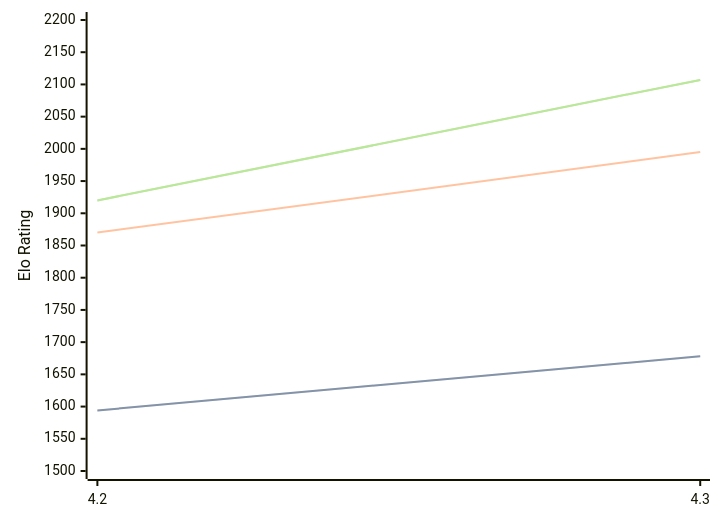
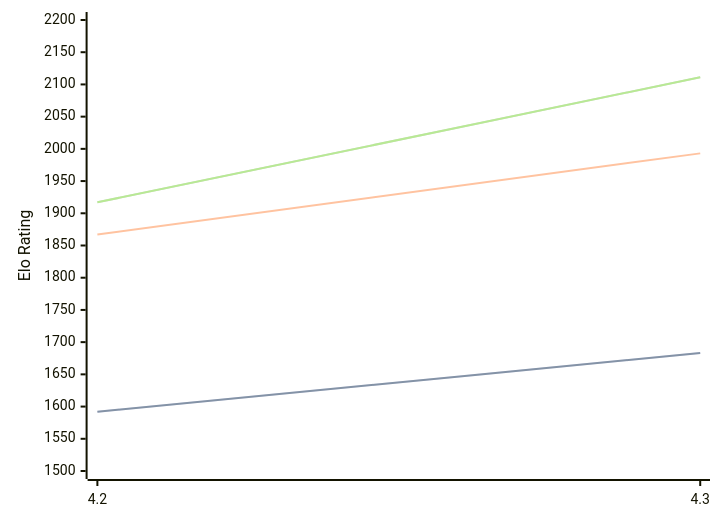
One commit to computer-chess-index/cci changed the diagram in engines/Radiance.md. Above: the diagram before and after it, drawn with Mermaid. The commit also changed other lines of this file, not shown here.

Commit message:
Update CCI Ratings (ELO VLTC) - 2026-04-01

````diff
--- a/engines/Radiance.md
+++ b/engines/Radiance.md
@@ -35,11 +35,11 @@
 ```mermaid
 %%{init: {"theme":"base","themeVariables":{"seriesColors:['#a3a3a3','#222221','#faa371']}}}%%
 xychart-beta
   x-axis ["4.2", "4.3"]
   y-axis "Elo Rating" 1500 --> 2200
-  line "STC (8.0+0.08s)" [1594, 1678]
-  line "STC (8.0+0.08s)" [1594, 1678]
-  line "LTC (60.0+0.60s)" [1870, 1995]
-  line "VLTC (2m24s+1.12s)" [1920, 2107]
-  line "VLTC (2m24s+1.12s)" [1920, 2107]
+  line "STC (8.0+0.08s)" [1592, 1683]
+  line "STC (8.0+0.08s)" [1592, 1683]
+  line "LTC (60.0+0.60s)" [1867, 1993]
+  line "VLTC (2m24s+1.12s)" [1917, 2111]
+  line "VLTC (2m24s+1.12s)" [1917, 2111]
 ```
````
